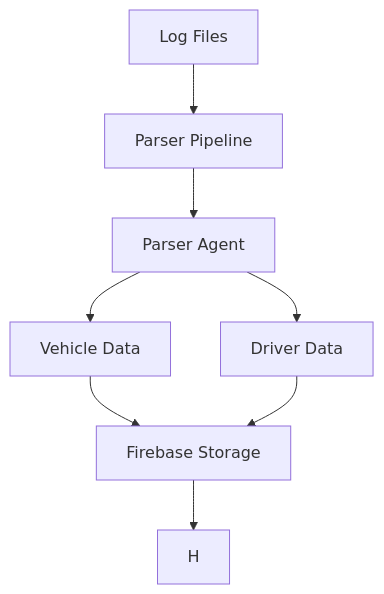
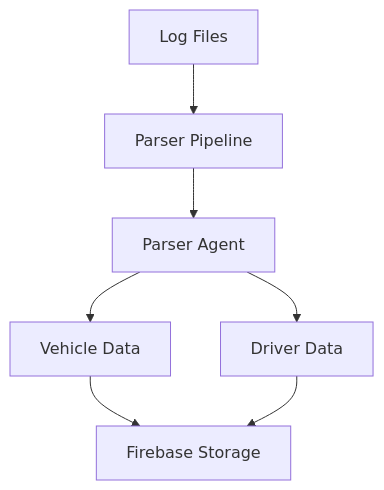
One commit to ikustow/drivers_monitor changed the diagram in README.md. Above: the diagram before and after it, drawn with Mermaid.

````diff
--- a/README.md
+++ b/README.md
@@ -11,10 +11,9 @@
 ```mermaid
 graph TD
     A[Log Files] --> B[Parser Pipeline]
     B --> C[Parser Agent]
     C --> D[Vehicle Data]
     C --> E[Driver Data]
     D --> F[Firebase Storage]
     E --> F
-    F --> H
 ```
````
